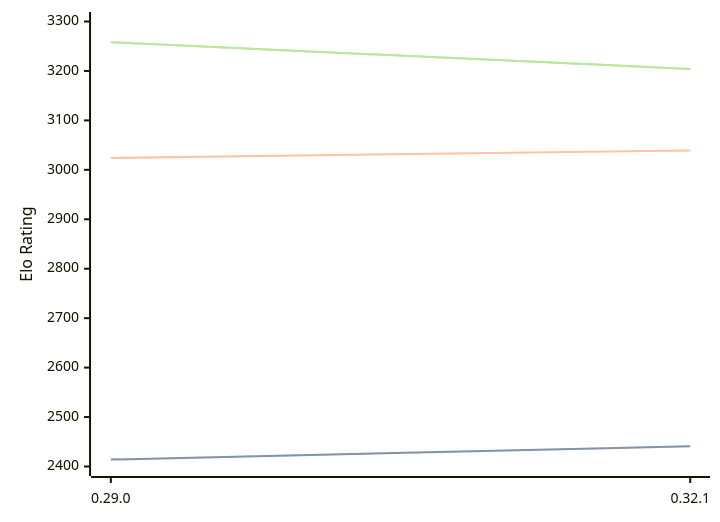
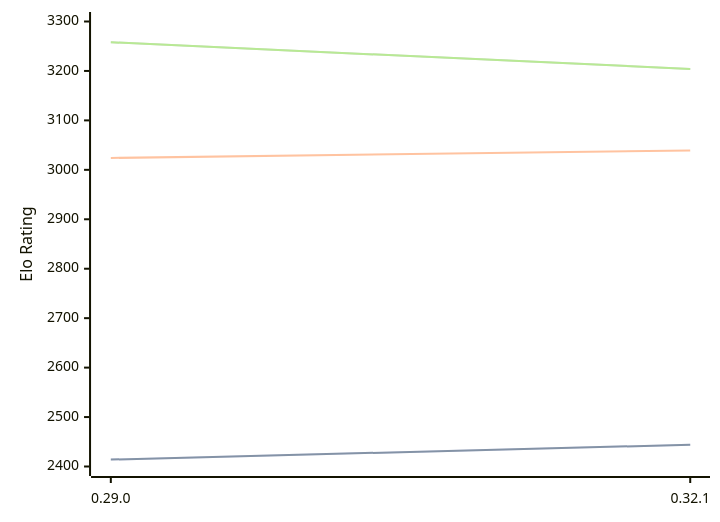
One commit to computer-chess-index/cci changed the diagram in engines/Lc0.md. Above: the diagram before and after it, drawn with Mermaid. The commit also changed other lines of this file, not shown here.

Commit message:
Update CCI Ratings (ELO VLTC) - 2026-04-12

````diff
--- a/engines/Lc0.md
+++ b/engines/Lc0.md
@@ -68,11 +68,11 @@
 ```mermaid
 %%{init: {"theme":"base","themeVariables":{"seriesColors:['#a3a3a3','#222221','#faa371']}}}%%
 xychart-beta
   x-axis ["0.29.0", "0.32.1"]
   y-axis "Elo Rating" 2400 --> 3300
-  line "STC (8.0+0.08s)" [2414, 2441]
-  line "STC (8.0+0.08s)" [2414, 2441]
+  line "STC (8.0+0.08s)" [2414, 2444]
+  line "STC (8.0+0.08s)" [2414, 2444]
   line "LTC (60.0+0.60s)" [3024, 3039]
   line "VLTC (2m24s+1.12s)" [3258, 3204]
   line "VLTC (2m24s+1.12s)" [3258, 3204]
 ```
````
